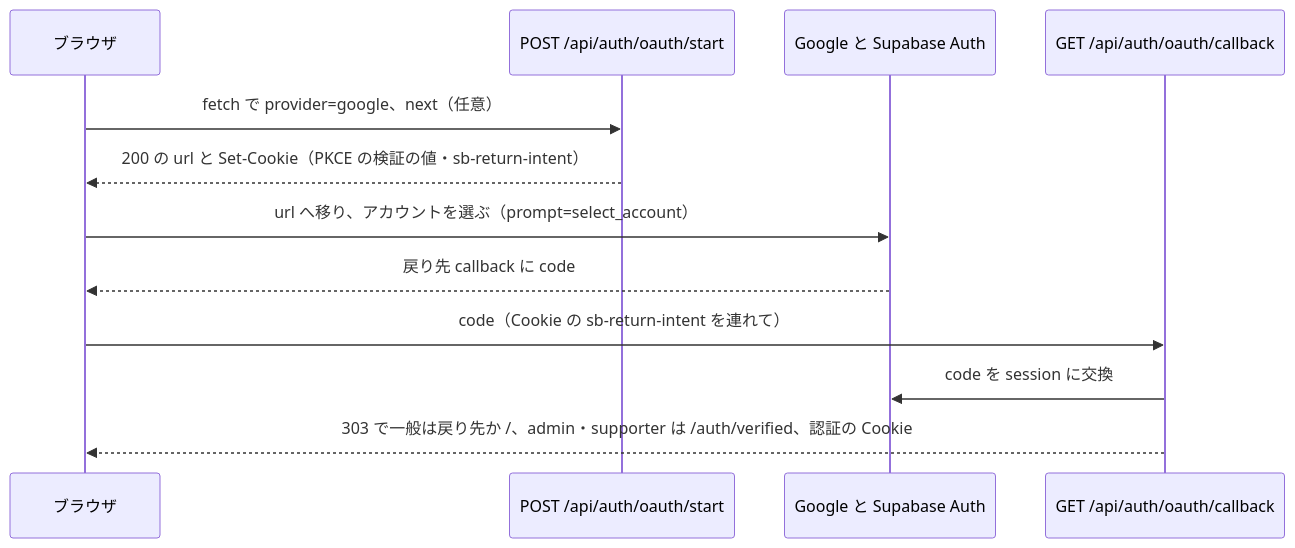
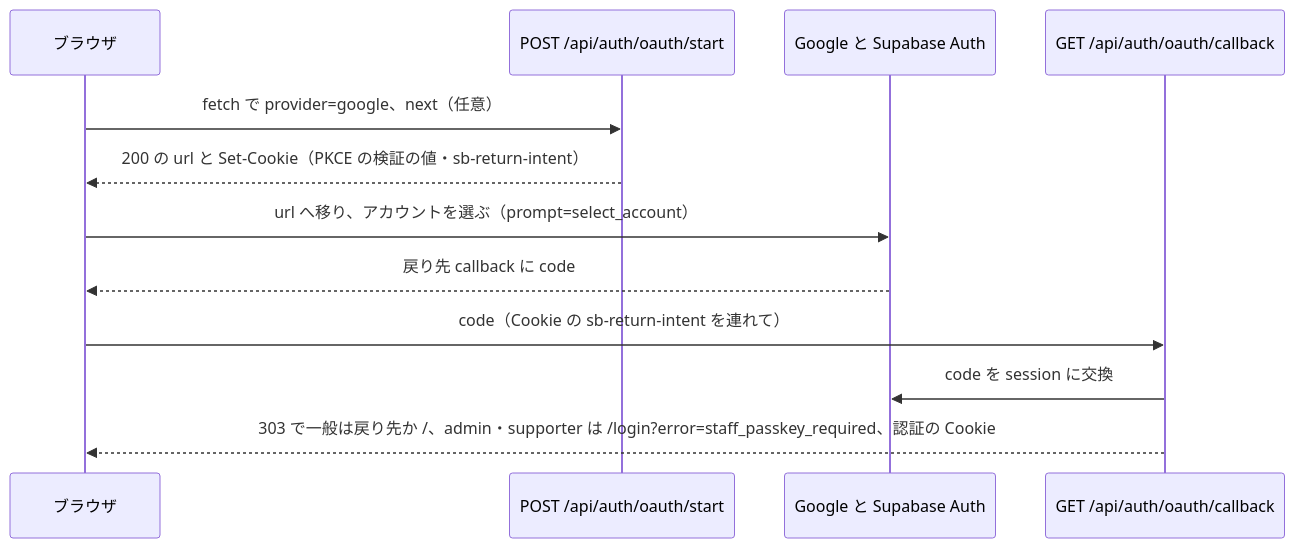
One commit to ChocoWork/o_official changed the tenth of 22 diagrams in docs/03_BasicDesign/areas/auth.md. Above: the diagram before and after it, drawn with Mermaid. The commit also changed other lines of this file and 107 other files, not shown here.

````diff
--- a/docs/03_BasicDesign/areas/auth.md
+++ b/docs/03_BasicDesign/areas/auth.md
@@ -669,14 +689,14 @@
 ```mermaid
 sequenceDiagram
   participant B as ブラウザ
   participant S as POST /api/auth/oauth/start
   participant G as Google と Supabase Auth
   participant C as GET /api/auth/oauth/callback
   B->>S: fetch で provider=google、next（任意）
   S-->>B: 200 の url と Set-Cookie（PKCE の検証の値・sb-return-intent）
   B->>G: url へ移り、アカウントを選ぶ（prompt=select_account）
   G-->>B: 戻り先 callback に code
   B->>C: code（Cookie の sb-return-intent を連れて）
   C->>G: code を session に交換
-  C-->>B: 303 で一般は戻り先か /、admin・supporter は /auth/verified、認証の Cookie
+  C-->>B: 303 で一般は戻り先か /、admin・supporter は /login?error=staff_passkey_required、認証の Cookie
 ```
````
